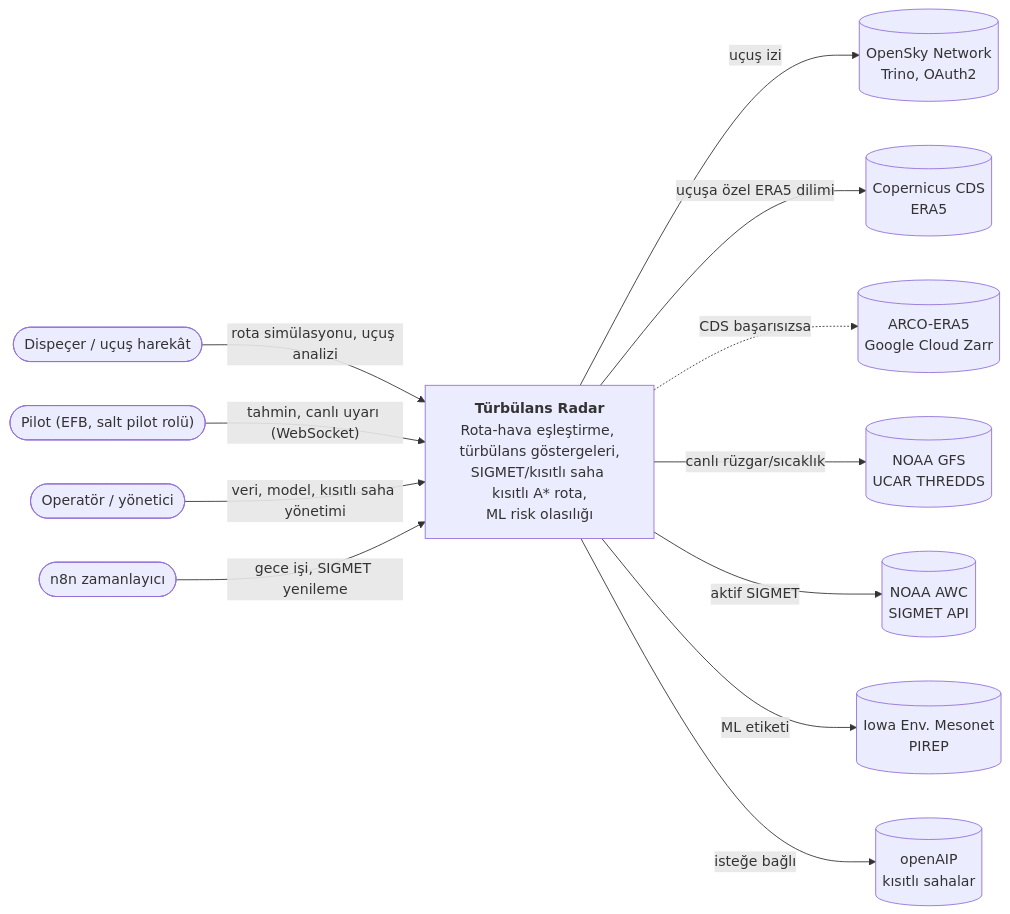
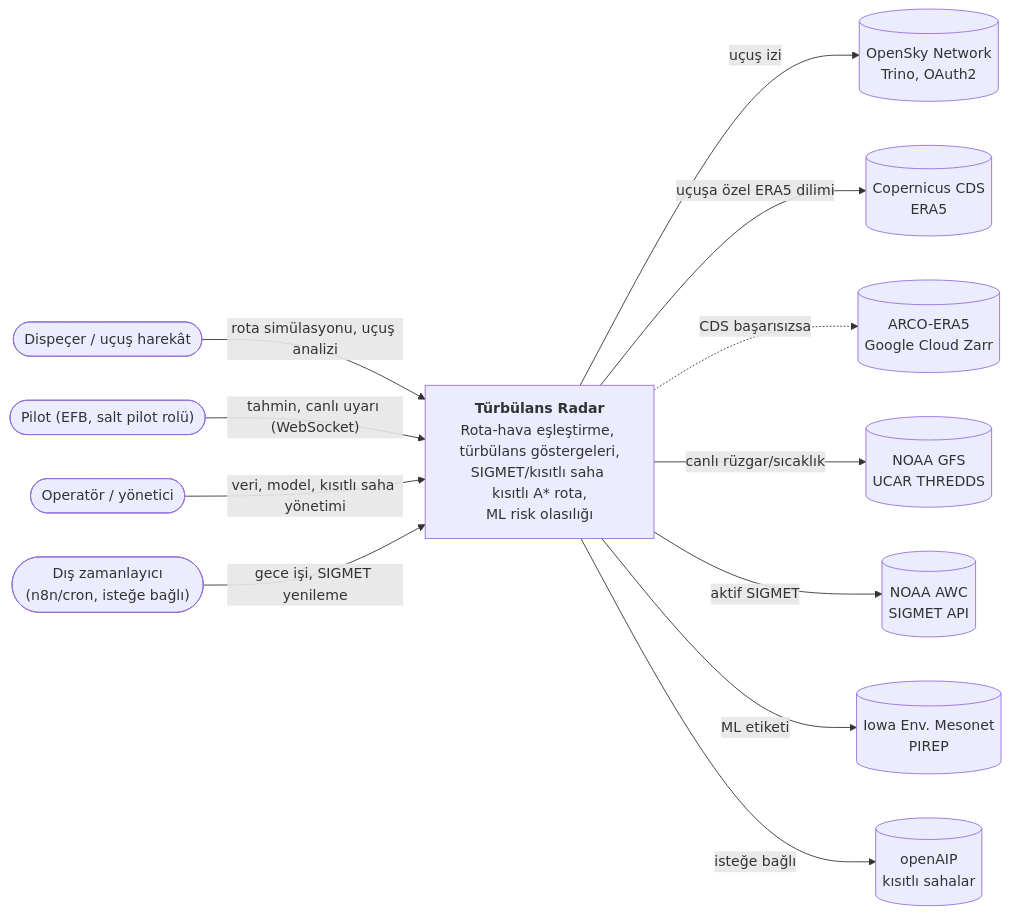
The first of 5 diagrams in docs/mimari.md (TevfikUner/RadarFirst-V2), drawn with Mermaid before and after one commit. The commit also changed other lines of this file and 11 other files, not shown here.

````diff
--- a/docs/mimari.md
+++ b/docs/mimari.md
@@ -14,30 +14,30 @@
 ```mermaid
 flowchart LR
     DIS(["Dispeçer / uçuş harekât"])
     PIL(["Pilot (EFB, salt pilot rolü)"])
     OPR(["Operatör / yönetici"])
-    N8N(["n8n zamanlayıcı"])
+    N8N(["Dış zamanlayıcı<br/>(n8n/cron, isteğe bağlı)"])
 
     TR["<b>Türbülans Radar</b><br/>Rota-hava eşleştirme, türbülans göstergeleri,<br/>SIGMET/kısıtlı saha kısıtlı A* rota,<br/>ML risk olasılığı"]
 
     OS[("OpenSky Network<br/>Trino, OAuth2")]
     CDS[("Copernicus CDS<br/>ERA5")]
     ARCO[("ARCO-ERA5<br/>Google Cloud Zarr")]
     GFS[("NOAA GFS<br/>UCAR THREDDS")]
     AWC[("NOAA AWC<br/>SIGMET API")]
     IEM[("Iowa Env. Mesonet<br/>PIREP")]
     OAIP[("openAIP<br/>kısıtlı sahalar")]
 
     DIS -->|"rota simülasyonu, uçuş analizi"| TR
     PIL -->|"tahmin, canlı uyarı (WebSocket)"| TR
     OPR -->|"veri, model, kısıtlı saha yönetimi"| TR
     N8N -->|"gece işi, SIGMET yenileme"| TR
 
     TR -->|"uçuş izi"| OS
     TR -->|"uçuşa özel ERA5 dilimi"| CDS
     TR -.->|"CDS başarısızsa"| ARCO
     TR -->|"canlı rüzgar/sıcaklık"| GFS
     TR -->|"aktif SIGMET"| AWC
     TR -->|"ML etiketi"| IEM
     TR -->|"isteğe bağlı"| OAIP
 ```
````
